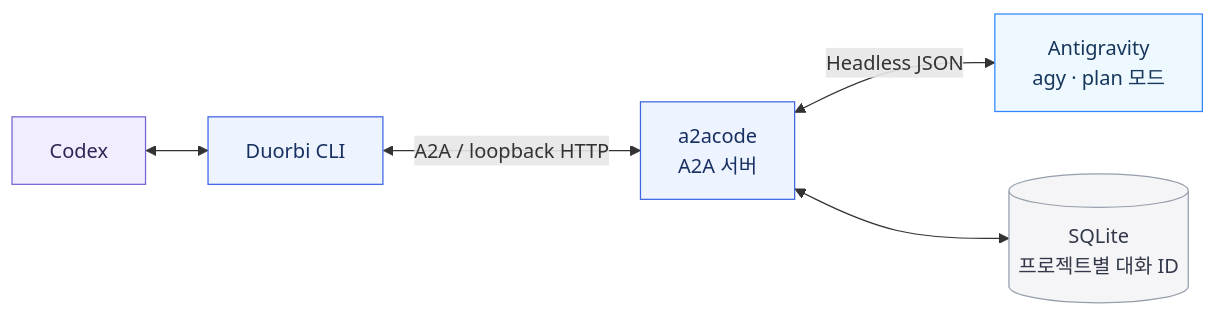
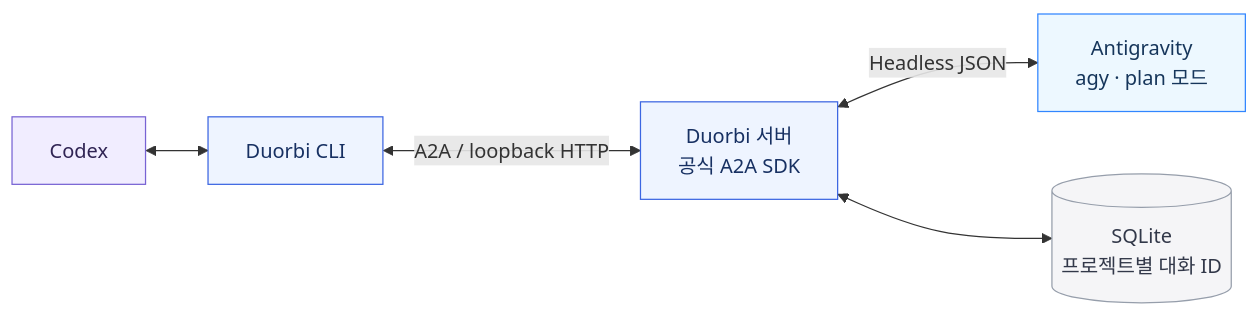
Before and after one commit to genielabs-io/duorbi: the diagram in README.ko.md, drawn with Mermaid. The commit also changed other lines of this file and 25 other files, not shown here.

````diff
--- a/README.ko.md
+++ b/README.ko.md
@@ -24,16 +24,16 @@
 ```mermaid
 flowchart LR
     C["Codex"] <--> D["Duorbi CLI"]
-    D <-->|"A2A / loopback HTTP"| S["a2acode<br/>A2A 서버"]
+    D <-->|"A2A / loopback HTTP"| S["Duorbi 서버<br/>공식 A2A SDK"]
     S <-->|"Headless JSON"| A["Antigravity<br/>agy · plan 모드"]
     S <--> DB[("SQLite<br/>프로젝트별 대화 ID")]
 
     classDef codex fill:#f1edff,stroke:#7863d4,color:#302454
     classDef bridge fill:#eef4ff,stroke:#3c66e2,color:#173062
     classDef agent fill:#edf8ff,stroke:#3186ff,color:#16365b
     classDef storage fill:#f5f5f7,stroke:#969eab,color:#323849
     class C codex
     class D,S bridge
     class A agent
     class DB storage
 ```
````
